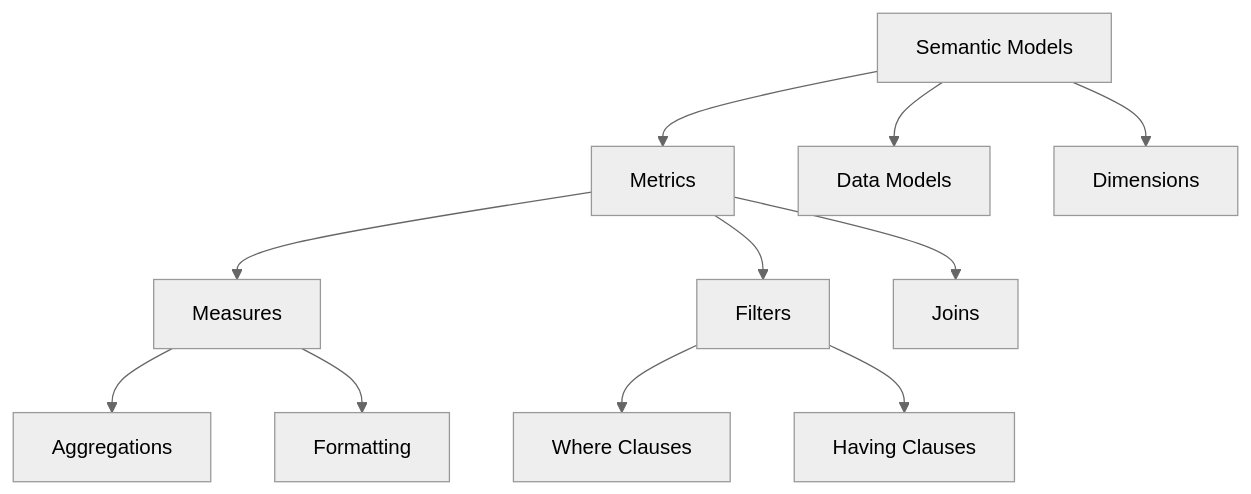
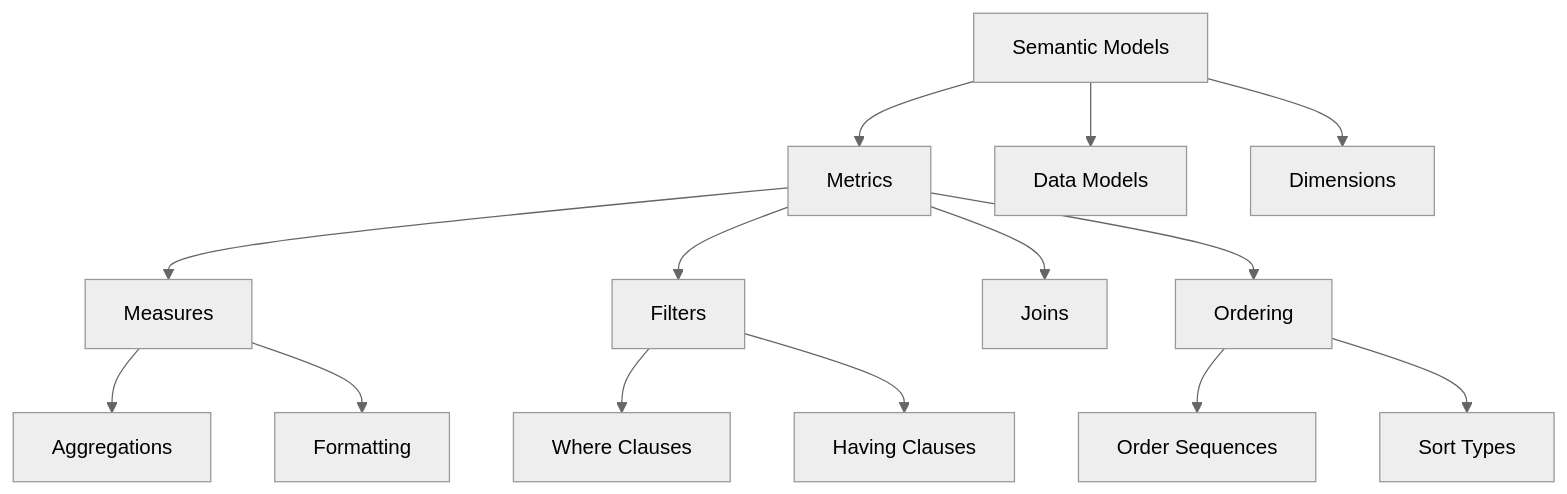
One commit to TelescopeAI/cortex-docs changed the second of 6 diagrams in content/2.architecture/1.overview.md. Above: the diagram before and after it, drawn with Mermaid (neutral theme). The commit also changed other lines of this file and 16 other files, not shown here.

Commit message:
feat: added docs for order sequences

````diff
--- a/content/2.architecture/1.overview.md
+++ b/content/2.architecture/1.overview.md
@@ -138,15 +138,18 @@
 ```mermaid
 graph TD
     A[Semantic Models] --> B[Metrics]
     A --> C[Data Models]
     A --> D[Dimensions]
 
     B --> E[Measures]
     B --> F[Filters]
     B --> G[Joins]
+    B --> H[Ordering]
 
-    E --> H[Aggregations]
-    E --> I[Formatting]
-    F --> J[Where Clauses]
-    F --> K[Having Clauses]
+    E --> I[Aggregations]
+    E --> J[Formatting]
+    F --> K[Where Clauses]
+    F --> L[Having Clauses]
+    H --> M[Order Sequences]
+    H --> N[Sort Types]
 ```
````
